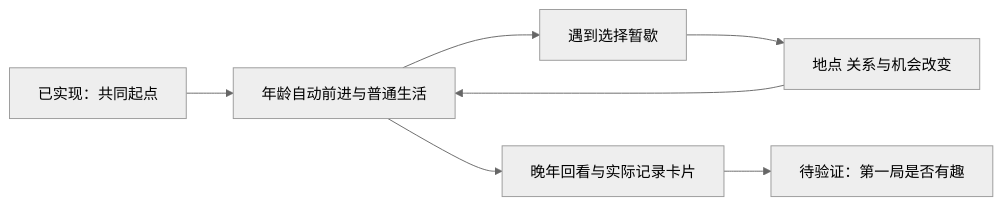
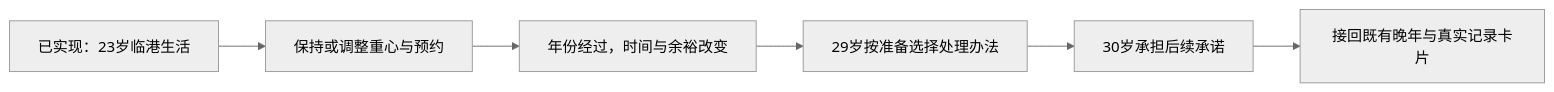
One commit to yuki-uix/life-sim-product-study changed the diagram in README.md. Above: the diagram before and after it, drawn with Mermaid (neutral theme). The commit also changed other lines of this file and 18 other files, not shown here.

````diff
--- a/README.md
+++ b/README.md
@@ -19,9 +20,8 @@
 ```mermaid
 flowchart LR
-    A[已实现：共同起点] --> B[年龄自动前进与普通生活]
-    B --> C[遇到选择暂歇]
-    C --> D[地点 关系与机会改变]
-    D --> B
-    B --> E[晚年回看与实际记录卡片]
-    E --> F[待验证：第一局是否有趣]
+    A[已实现：23岁临港生活] --> B[保持或调整重心与预约]
+    B --> C[年份经过，时间与余裕改变]
+    C --> D[29岁按准备选择处理办法]
+    D --> E[30岁承担后续承诺]
+    E --> F[接回既有晚年与真实记录卡片]
 ```
````
